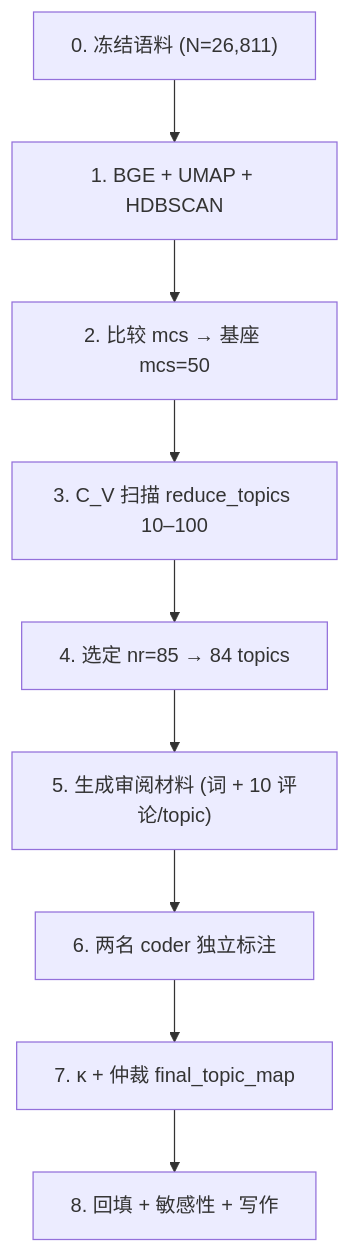
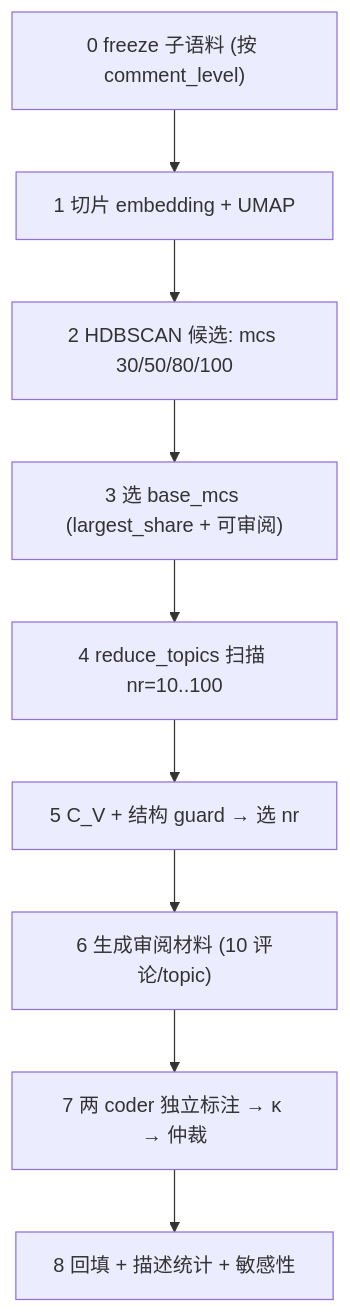
The second of 2 diagrams in writing/topic_discovery_review.md (lysandre001/robot_failure), drawn with Mermaid before and after one commit. The commit also changed other lines of this file and 212 other files, not shown here.

````diff
--- a/writing/topic_discovery_review.md
+++ b/writing/topic_discovery_review.md
@@ -27,11 +136,11 @@
 ```mermaid
 flowchart TD
-    A["0. 冻结语料 (N=26,811)"] --> B["1. BGE + UMAP + HDBSCAN"]
-    B --> C["2. 比较 mcs → 基座 mcs=50"]
-    C --> D["3. C_V 扫描 reduce_topics 10–100"]
-    D --> E["4. 选定 nr=85 → 84 topics"]
-    E --> F["5. 生成审阅材料 (词 + 10 评论/topic)"]
-    F --> G["6. 两名 coder 独立标注"]
-    G --> H["7. κ + 仲裁 final_topic_map"]
-    H --> I["8. 回填 + 敏感性 + 写作"]
+    A0["0 freeze 子语料 (按 comment_level)"] --> A1["1 切片 embedding + UMAP"]
+    A1 --> A2["2 HDBSCAN 候选: mcs 30/50/80/100"]
+    A2 --> A3["3 选 base_mcs (largest_share + 可审阅)"]
+    A3 --> A4["4 reduce_topics 扫描 nr=10..100"]
+    A4 --> A5["5 C_V + 结构 guard → 选 nr"]
+    A5 --> A6["6 生成审阅材料 (10 评论/topic)"]
+    A6 --> A7["7 两 coder 独立标注 → κ → 仲裁"]
+    A7 --> A8["8 回填 + 描述统计 + 敏感性"]
 ```
````
